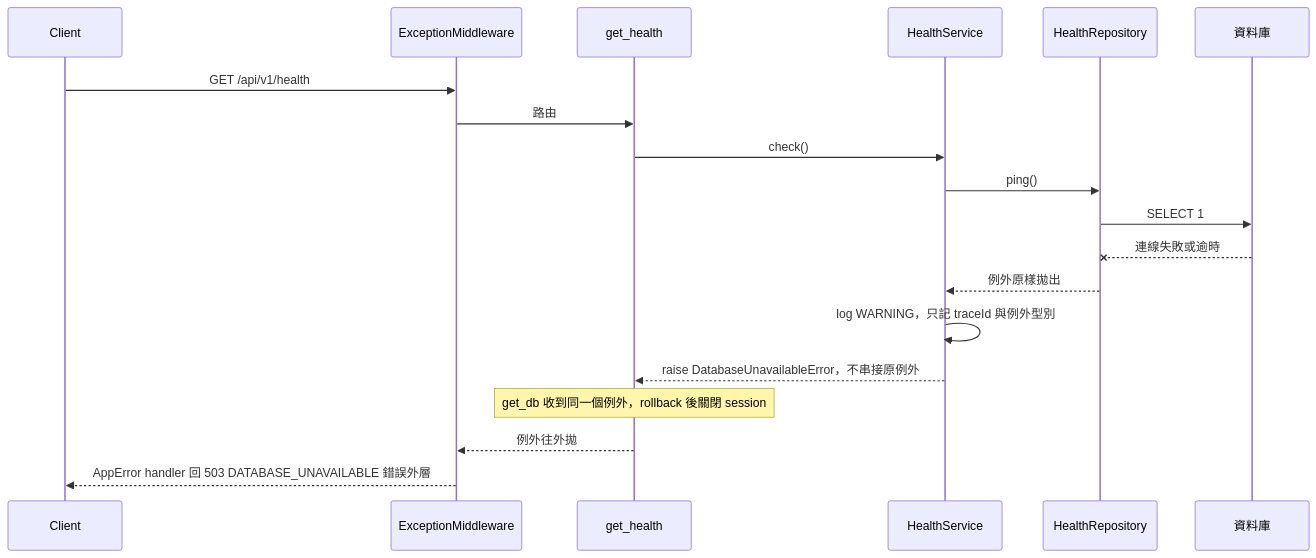
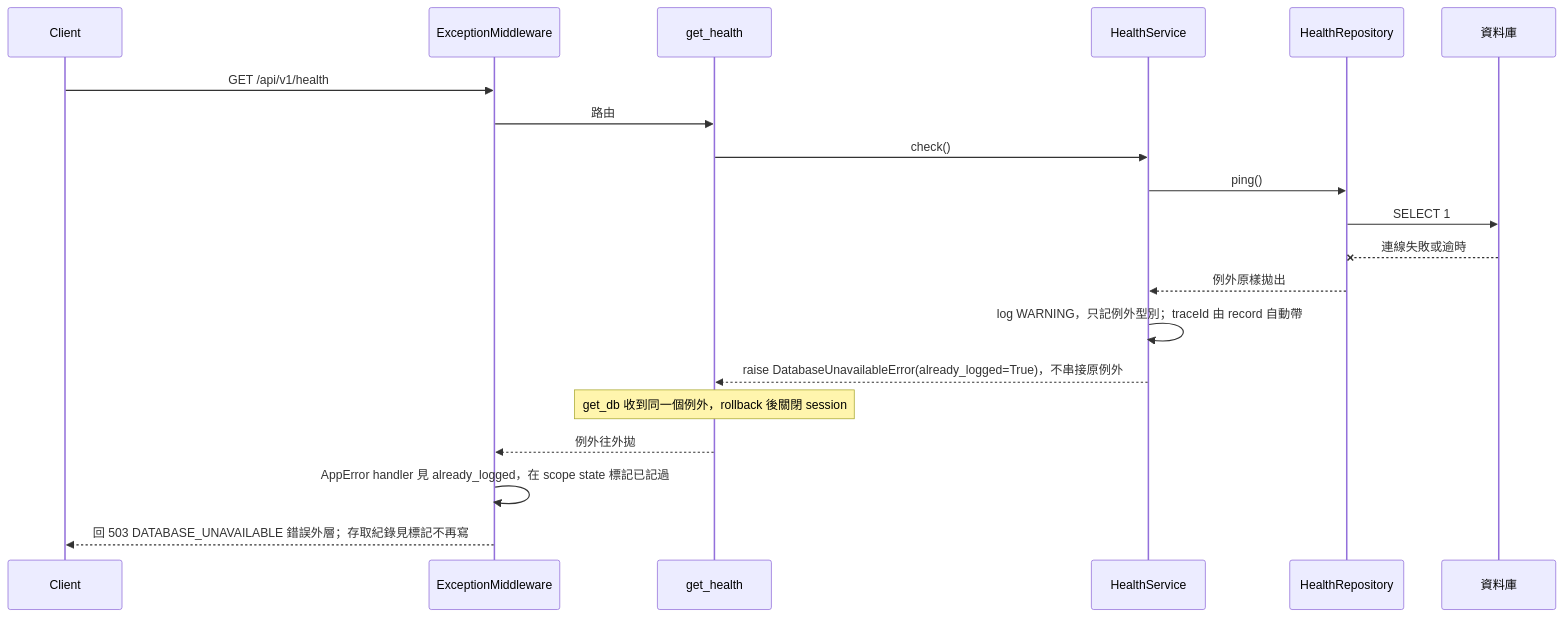
The third of 3 diagrams in docs/diagrams/architecture/backend-modules.mdx (label-suite/label-suite), drawn with Mermaid before and after one commit. The commit also changed other lines of this file and 11 other files, not shown here.

First line of the commit message:
docs: plan the request access log and traceId in log records (#567)

````diff
--- a/docs/diagrams/architecture/backend-modules.mdx
+++ b/docs/diagrams/architecture/backend-modules.mdx
@@ -130,21 +130,22 @@
 ```mermaid
 sequenceDiagram
   participant C as Client
   participant E as ExceptionMiddleware
   participant R as get_health
   participant S as HealthService
   participant P as HealthRepository
   participant DB as 資料庫
   C->>E: GET /api/v1/health
   E->>R: 路由
   R->>S: check()
   S->>P: ping()
   P->>DB: SELECT 1
   DB--xP: 連線失敗或逾時
   P-->>S: 例外原樣拋出
-  S->>S: log WARNING，只記 traceId 與例外型別
-  S-->>R: raise DatabaseUnavailableError，不串接原例外
+  S->>S: log WARNING，只記例外型別；traceId 由 record 自動帶
+  S-->>R: raise DatabaseUnavailableError(already_logged=True)，不串接原例外
   Note over R: get_db 收到同一個例外，rollback 後關閉 session
   R-->>E: 例外往外拋
-  E-->>C: AppError handler 回 503 DATABASE_UNAVAILABLE 錯誤外層
+  E->>E: AppError handler 見 already_logged，在 scope state 標記已記過
+  E-->>C: 回 503 DATABASE_UNAVAILABLE 錯誤外層；存取紀錄見標記不再寫
 ```
````
